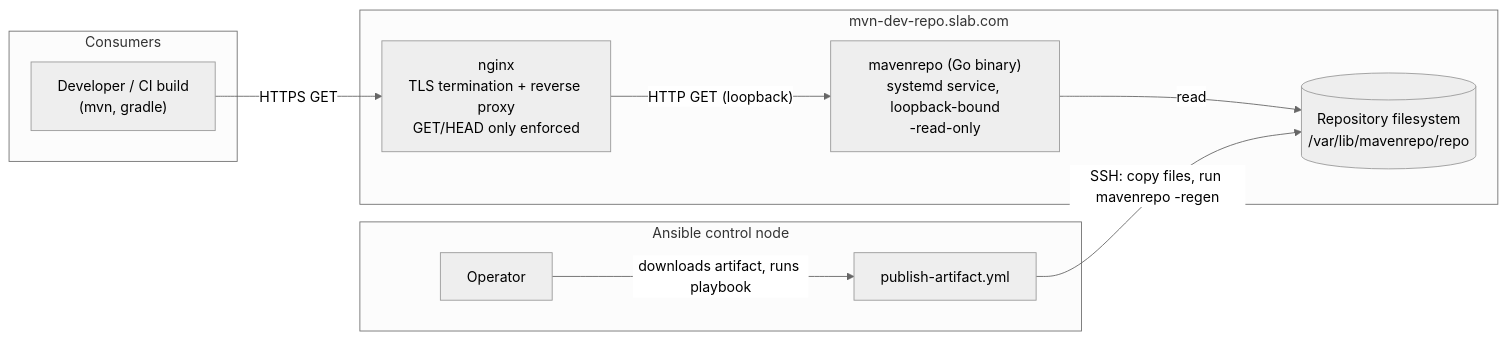
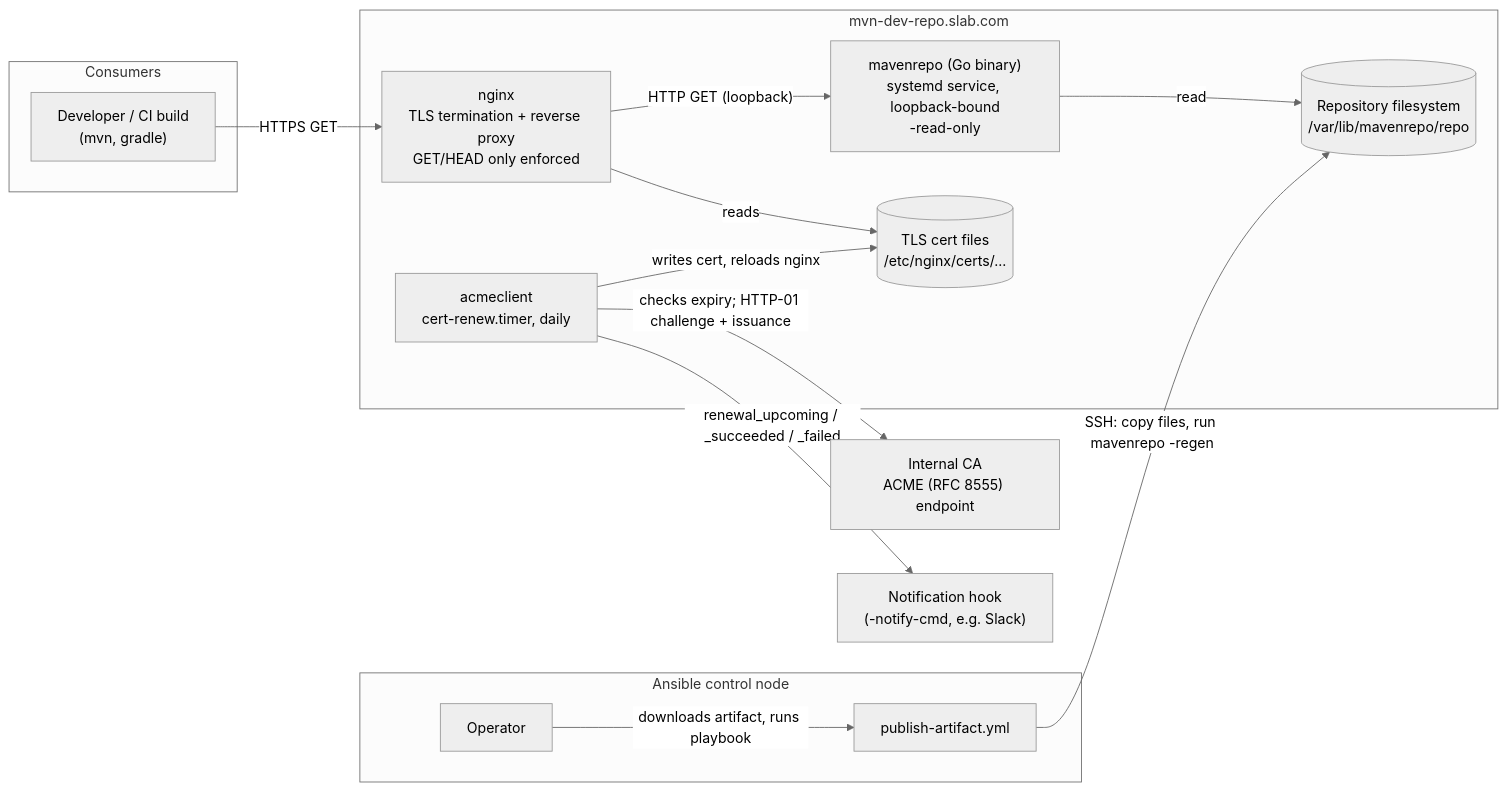
Before and after one commit to sanjaynagpal/hub: the first of 3 diagrams in docs/architecture.md, drawn with Mermaid (neutral theme). The commit also changed other lines of this file, not shown here.

Commit message:
Add ACME client for TLS certificate management and update architecture documentation

````diff
--- a/docs/architecture.md
+++ b/docs/architecture.md
@@ -41,24 +41,34 @@
 ```mermaid
 flowchart LR
     subgraph Consumers
         dev["Developer / CI build<br/>(mvn, gradle)"]
     end
 
     subgraph "mvn-dev-repo.slab.com"
         nginx["nginx<br/>TLS termination + reverse proxy<br/>GET/HEAD only enforced"]
         mavenrepo["mavenrepo (Go binary)<br/>systemd service, loopback-bound<br/>-read-only"]
         disk[("Repository filesystem<br/>/var/lib/mavenrepo/repo")]
+        acmeclient["acmeclient<br/>cert-renew.timer, daily"]
+        certs[("TLS cert files<br/>/etc/nginx/certs/...")]
     end
 
     subgraph "Ansible control node"
         operator["Operator"]
         playbook["publish-artifact.yml"]
     end
 
+    ca["Internal CA<br/>ACME (RFC 8555) endpoint"]
+    notify["Notification hook<br/>(-notify-cmd, e.g. Slack)"]
+
     dev -- "HTTPS GET" --> nginx
     nginx -- "HTTP GET (loopback)" --> mavenrepo
     mavenrepo -- "read" --> disk
+    nginx -- "reads" --> certs
 
     operator -- "downloads artifact, runs playbook" --> playbook
     playbook -- "SSH: copy files, run mavenrepo -regen" --> disk
+
+    acmeclient -- "checks expiry; HTTP-01 challenge + issuance" --> ca
+    acmeclient -- "writes cert, reloads nginx" --> certs
+    acmeclient -- "renewal_upcoming / _succeeded / _failed" --> notify
 ```
````
